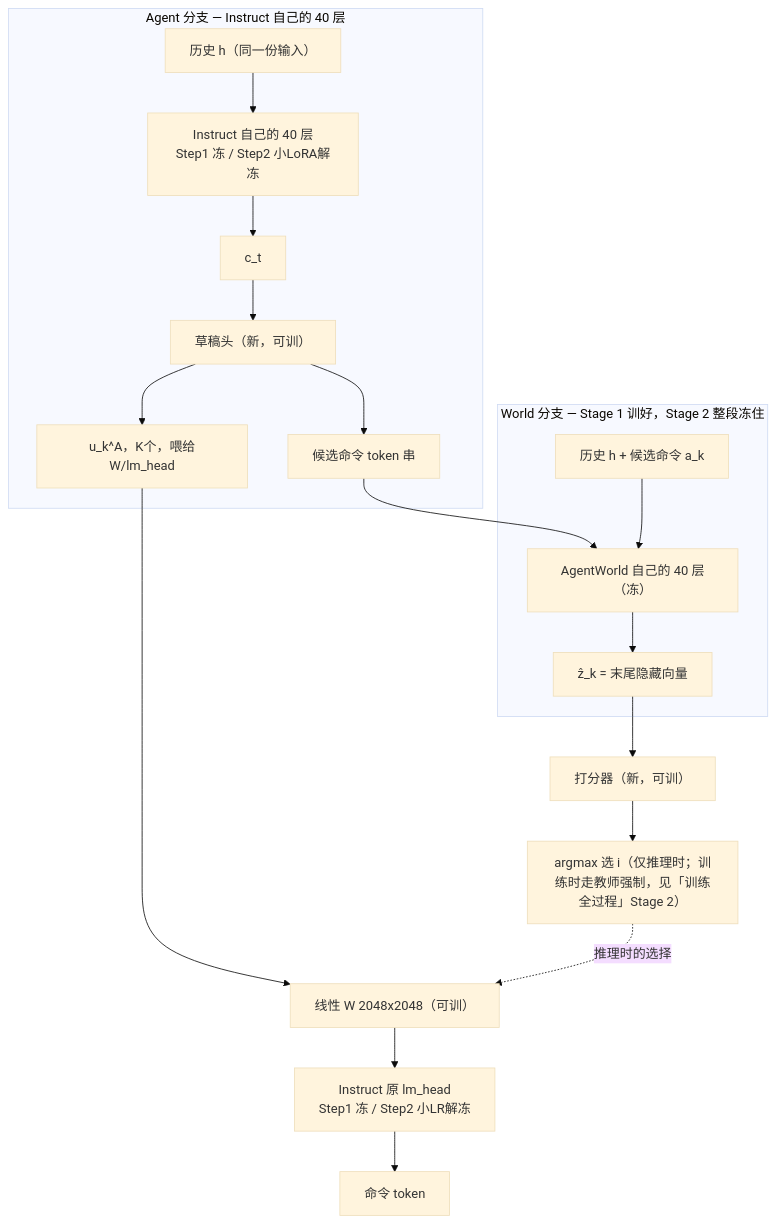
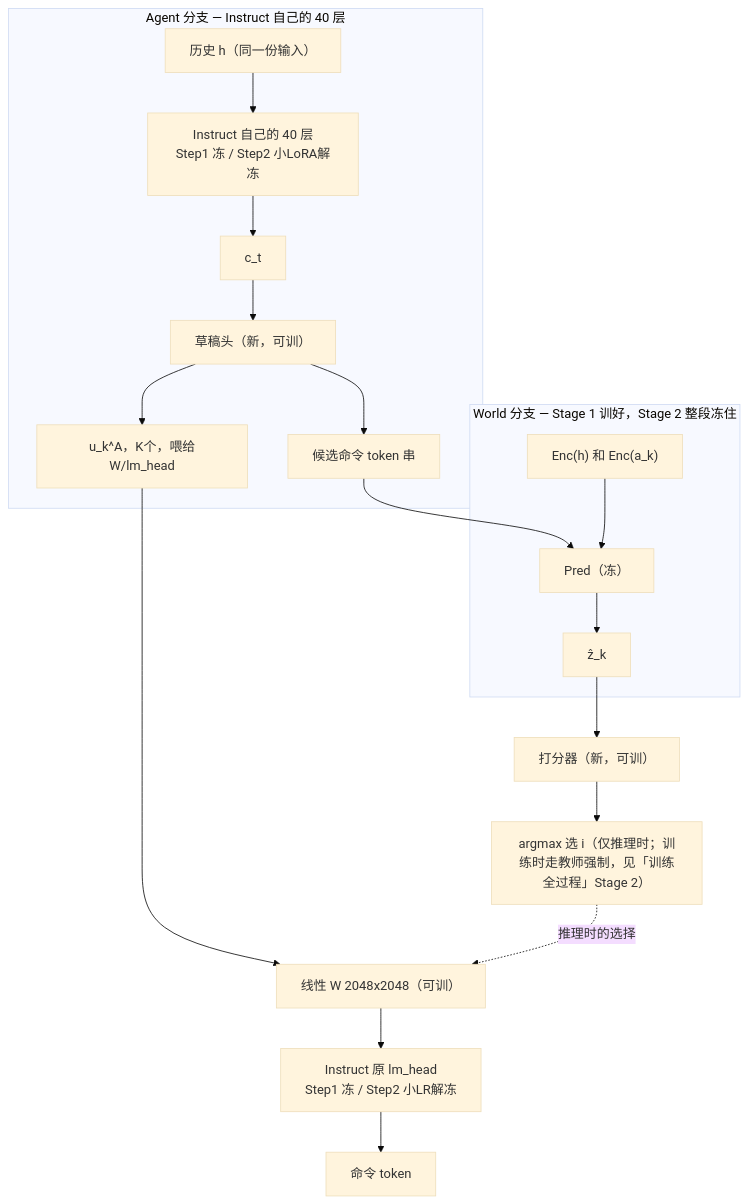
One commit to MegaGimen/BIV changed the first of 2 diagrams in AGENTS.md. Above: the diagram before and after it, drawn with Mermaid (base theme). The commit also changed other lines of this file and 2 other files, not shown here.

````diff
--- a/AGENTS.md
+++ b/AGENTS.md
@@ -115,23 +115,23 @@
 ```mermaid
 flowchart TD
     subgraph WORLD["World 分支 — Stage 1 训好，Stage 2 整段冻住"]
-        H1["历史 h + 候选命令 a_k"] --> AWBB["AgentWorld 自己的 40 层（冻）"]
-        AWBB --> ZHAT["ẑ_k = 末尾隐藏向量"]
+        H1["Enc(h) 和 Enc(a_k)"] --> PRED["Pred（冻）"]
+        PRED --> ZHAT["ẑ_k"]
     end
 
     subgraph AGENT["Agent 分支 — Instruct 自己的 40 层"]
         H2["历史 h（同一份输入）"] --> INSBB["Instruct 自己的 40 层<br/>Step1 冻 / Step2 小LoRA解冻"]
         INSBB --> CT["c_t"]
         CT --> DRAFT["草稿头（新，可训）"]
         DRAFT --> UA["u_k^A，K个，喂给W/lm_head"]
         DRAFT --> AK["候选命令 token 串"]
     end
 
-    AK --> AWBB
+    AK --> PRED
     ZHAT --> SCORER["打分器（新，可训）"]
     SCORER --> PICK["argmax 选 i（仅推理时；训练时走教师强制，见「训练全过程」Stage 2）"]
     UA --> WMAT["线性 W 2048x2048（可训）"]
     PICK -. 推理时的选择 .-> WMAT
     WMAT --> LMHEAD["Instruct 原 lm_head<br/>Step1 冻 / Step2 小LR解冻"]
     LMHEAD --> CMD["命令 token"]
 ```
````
